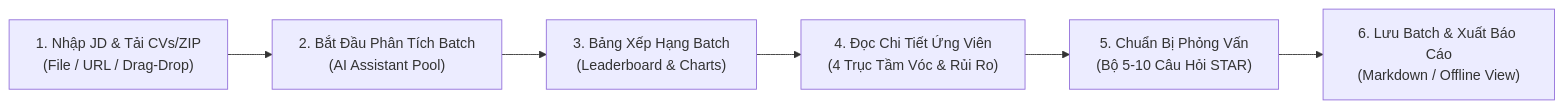
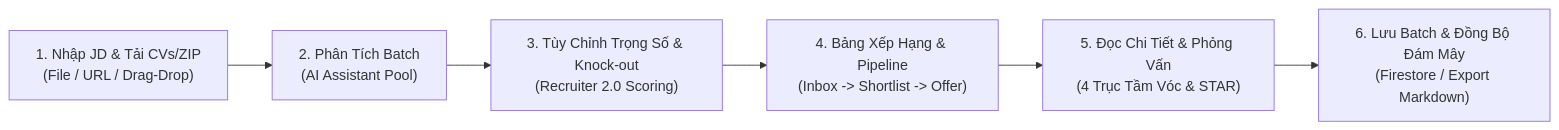
Before and after one commit to vutch86-cmyk/rolematch2: the first of 2 diagrams in docs/HUONG_DAN_SU_DUNG_CHO_NHA_TUYEN_DUNG.md, drawn with Mermaid. The commit also changed other lines of this file and 18 other files, not shown here.

Commit message:
feat(recruiter): implement Phase 3 Recruiter Module 2.0 with scoring weights, knockout rules, deep-dive comparison and hiring pipeline

````diff
--- a/docs/HUONG_DAN_SU_DUNG_CHO_NHA_TUYEN_DUNG.md
+++ b/docs/HUONG_DAN_SU_DUNG_CHO_NHA_TUYEN_DUNG.md
@@ -24,8 +26,8 @@
 ```mermaid
 flowchart LR
-    A["1. Nhập JD & Tải CVs/ZIP<br/>(File / URL / Drag-Drop)"] --> B["2. Bắt Đầu Phân Tích Batch<br/>(AI Assistant Pool)"]
-    B --> C["3. Bảng Xếp Hạng Batch<br/>(Leaderboard & Charts)"]
-    C --> D["4. Đọc Chi Tiết Ứng Viên<br/>(4 Trục Tầm Vóc & Rủi Ro)"]
-    D --> E["5. Chuẩn Bị Phỏng Vấn<br/>(Bộ 5-10 Câu Hỏi STAR)"]
-    E --> F["6. Lưu Batch & Xuất Báo Cáo<br/>(Markdown / Offline View)"]
+    A["1. Nhập JD & Tải CVs/ZIP<br/>(File / URL / Drag-Drop)"] --> B["2. Phân Tích Batch<br/>(AI Assistant Pool)"]
+    B --> C["3. Tùy Chỉnh Trọng Số & Knock-out<br/>(Recruiter 2.0 Scoring)"]
+    C --> D["4. Bảng Xếp Hạng & Pipeline<br/>(Inbox -> Shortlist -> Offer)"]
+    D --> E["5. Đọc Chi Tiết & Phỏng Vấn<br/>(4 Trục Tầm Vóc & STAR)"]
+    E --> F["6. Lưu Batch & Đồng Bộ Đám Mây<br/>(Firestore / Export Markdown)"]
 ```
````
